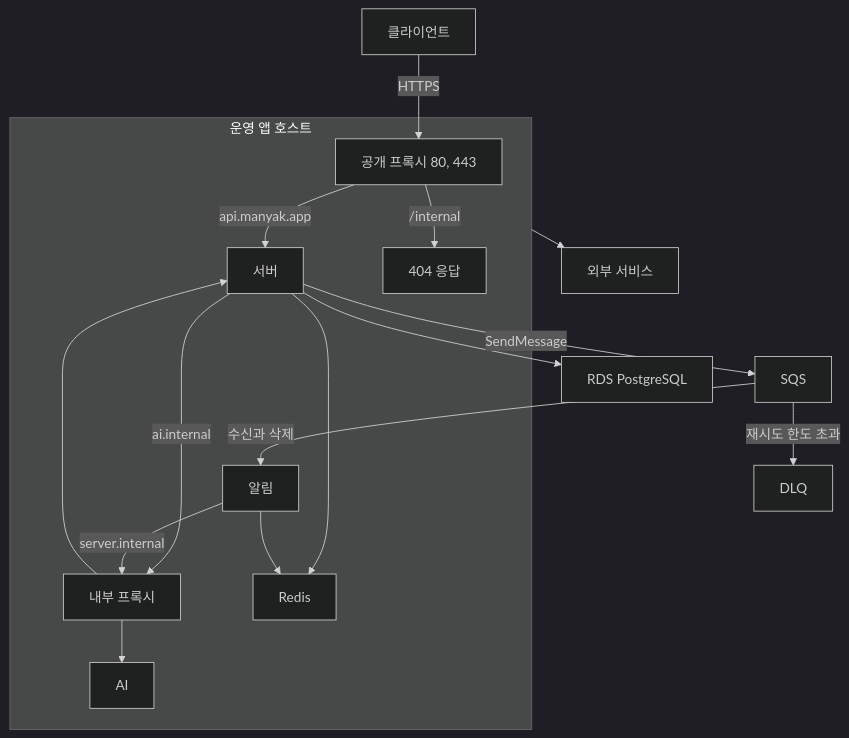
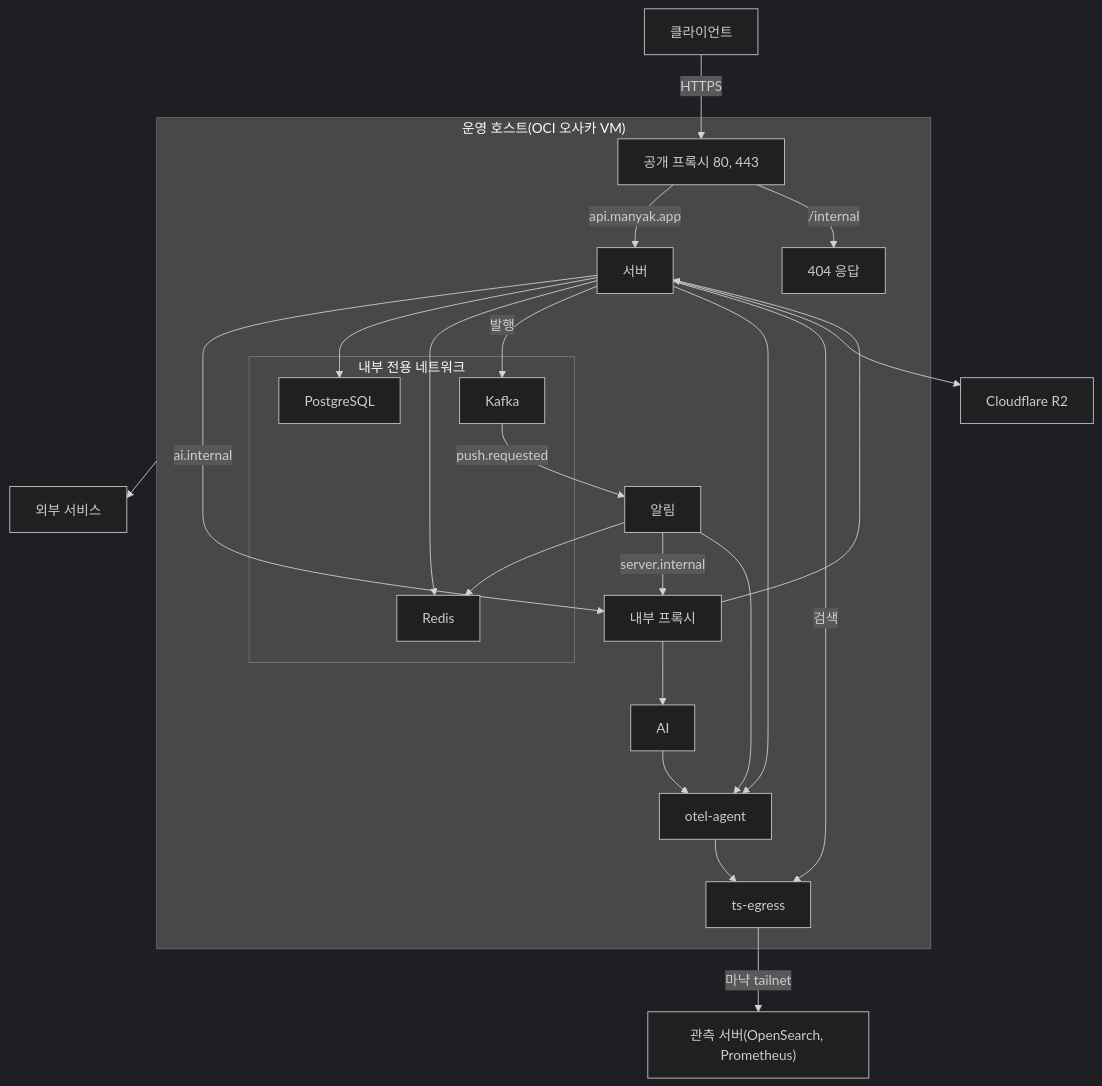
The first of 5 diagrams in docs/operations/DEPLOYMENT.md (KIM-N-KANG/knk-harness), drawn with Mermaid (dark theme) before and after one commit. The commit also changed other lines of this file and 1 other file, not shown here.

Commit message:
[KNK-2140] Docs: 운영 배포 문서를 OCI 운영 호스트 기준으로 고치고 DPL-D09, D10을 더함

````diff
--- a/docs/operations/DEPLOYMENT.md
+++ b/docs/operations/DEPLOYMENT.md
@@ -49,26 +50,38 @@
 ```mermaid
 flowchart TD
-    subgraph H["운영 앱 호스트"]
+    subgraph H["운영 호스트(OCI 오사카 VM)"]
         P["공개 프록시 80, 443"]
         S["서버"]
         AI["AI"]
         N["알림"]
         I["내부 프록시"]
-        R["Redis"]
         X["404 응답"]
+        subgraph DN["내부 전용 네트워크"]
+            D["PostgreSQL"]
+            R["Redis"]
+            K["Kafka"]
+        end
+        O["otel-agent"]
+        T["ts-egress"]
     end
     U["클라이언트"] -->|HTTPS| P
     P -->|api.manyak.app| S
     P -->|/internal| X
     S -->|ai.internal| I
     N -->|server.internal| I
     I --> AI
     I --> S
+    S --> D
     S --> R
     N --> R
-    S --> D["RDS PostgreSQL"]
-    S -->|SendMessage| Q["SQS"]
-    Q -->|수신과 삭제| N
-    Q -->|재시도 한도 초과| DLQ["DLQ"]
+    S -->|발행| K
+    K -->|push.requested| N
+    S --> O
+    AI --> O
+    N --> O
+    O --> T
+    S -->|검색| T
+    T -->|마냑 tailnet| OBS["관측 서버(OpenSearch, Prometheus)"]
+    S --> R2["Cloudflare R2"]
     H --> E["외부 서비스"]
 ```
````
